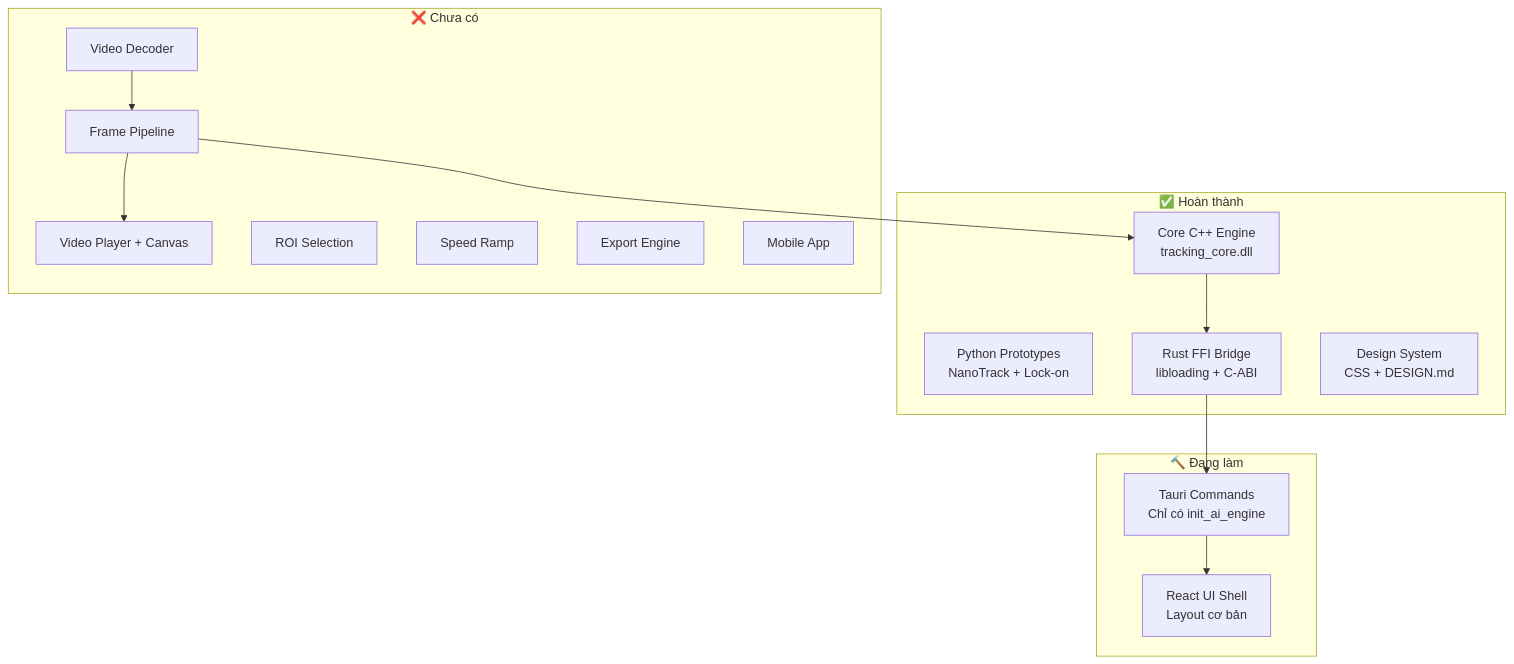
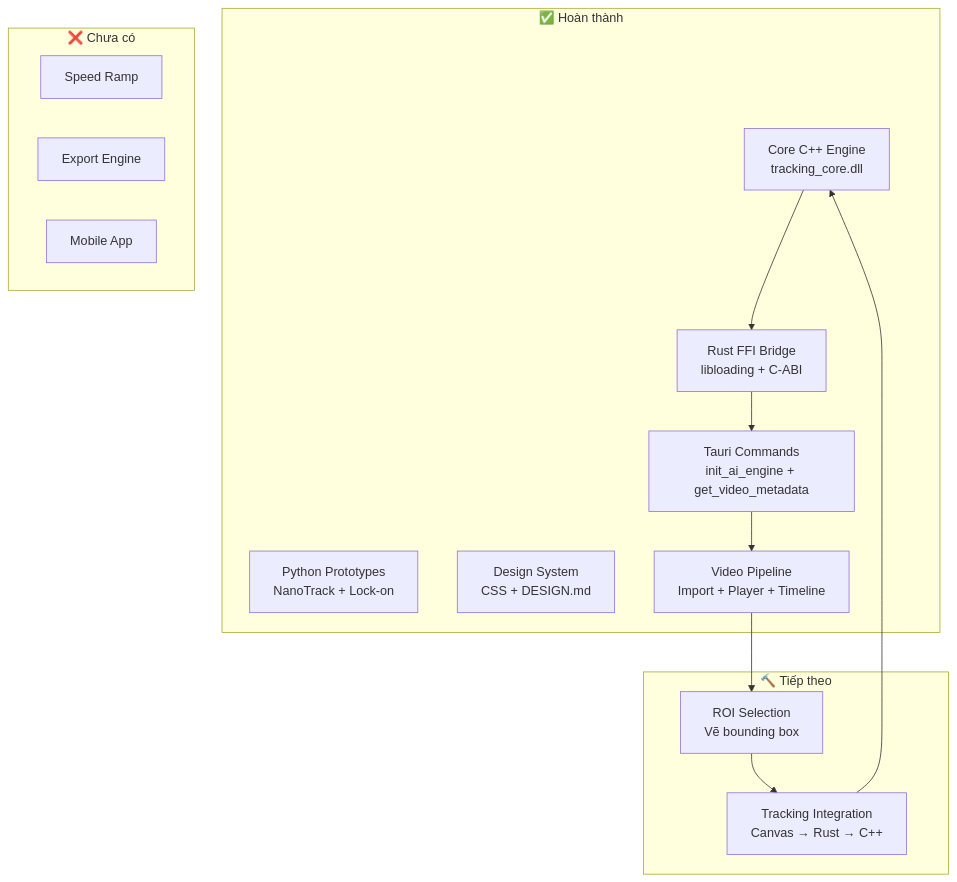
Before and after one commit to patto220048/tracking-app: the diagram in project_status.md, drawn with Mermaid. The commit also changed other lines of this file and 3 other files, not shown here.

Commit message:
feat: ROI Selection - thêm overlay canvas vẽ bounding box

````diff
--- a/project_status.md
+++ b/project_status.md
@@ -95,28 +86,25 @@
 ```mermaid
 graph TB
     subgraph "✅ Hoàn thành"
         A[Python Prototypes<br/>NanoTrack + Lock-on] 
         B[Core C++ Engine<br/>tracking_core.dll]
         C[Rust FFI Bridge<br/>libloading + C-ABI]
         D[Design System<br/>CSS + DESIGN.md]
+        E[Video Pipeline<br/>Import + Player + Timeline]
+        F[Tauri Commands<br/>init_ai_engine + get_video_metadata]
     end
     
-    subgraph "🔨 Đang làm"
-        E[React UI Shell<br/>Layout cơ bản]
-        F[Tauri Commands<br/>Chỉ có init_ai_engine]
+    subgraph "🔨 Tiếp theo"
+        G[ROI Selection<br/>Vẽ bounding box]
+        H[Tracking Integration<br/>Canvas → Rust → C++]
     end
     
     subgraph "❌ Chưa có"
-        G[Video Decoder]
-        H[Frame Pipeline]
-        I[Video Player + Canvas]
-        J[ROI Selection]
-        K[Speed Ramp]
-        L[Export Engine]
-        M[Mobile App]
+        I[Speed Ramp]
+        J[Export Engine]
+        K[Mobile App]
     end
     
     B --> C --> F --> E
-    G --> H --> I
-    H --> B
+    E --> G --> H --> B
 ```
````
